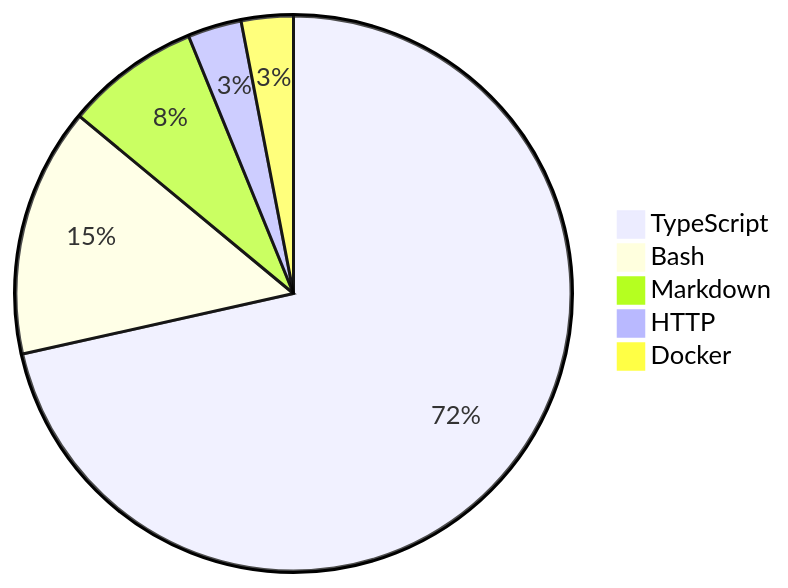
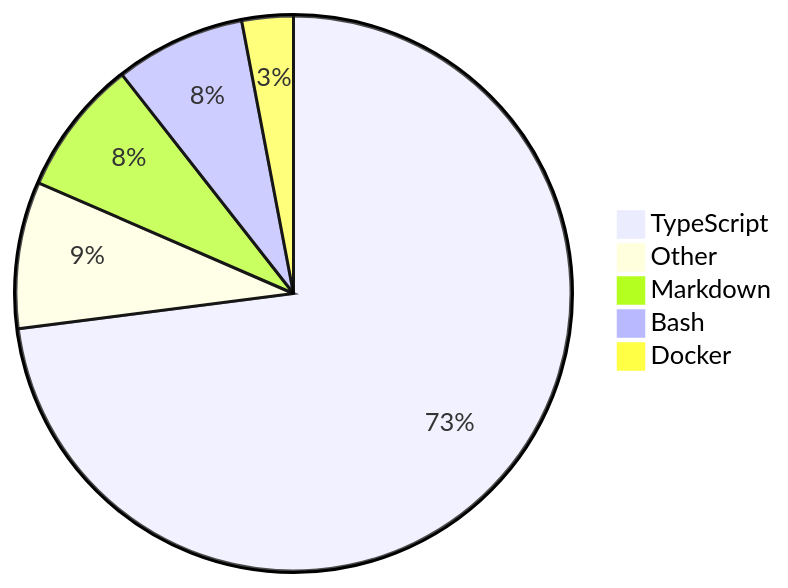
Before and after one commit to skvggor/skvggor: the diagram in README.md, drawn with Mermaid.

Commit message:
Updated waka-readme graph with new metrics

````diff
--- a/README.md
+++ b/README.md
@@ -16,8 +16,8 @@
 ```mermaid
 pie
-    "TypeScript" : 68.5
-    "Bash" : 13.9
-    "Markdown" : 7.5
-    "HTTP" : 3.0
-    "Docker" : 2.9
+    "TypeScript" : 68.3
+    "Other" : 8.0
+    "Markdown" : 7.4
+    "Bash" : 7.1
+    "Docker" : 2.8
 ```
````
